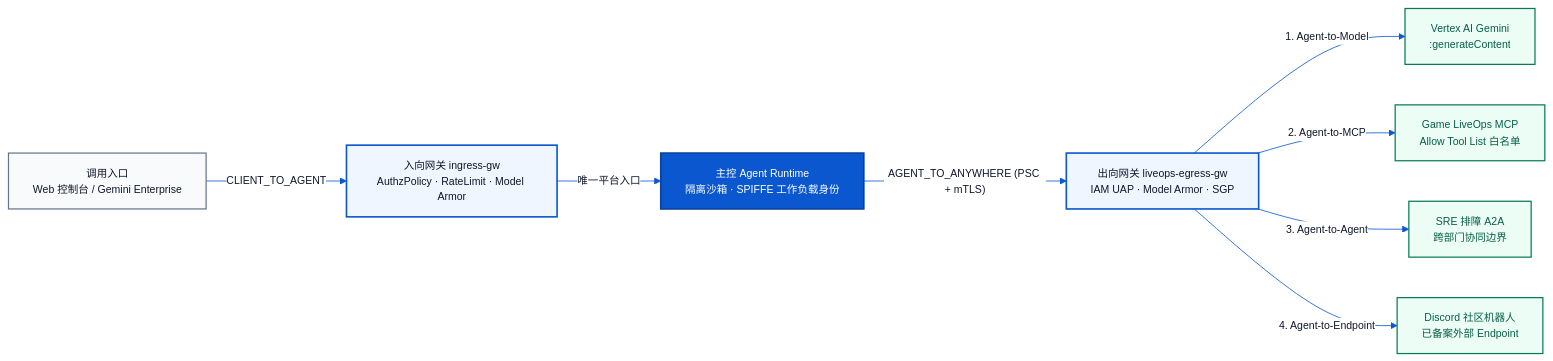
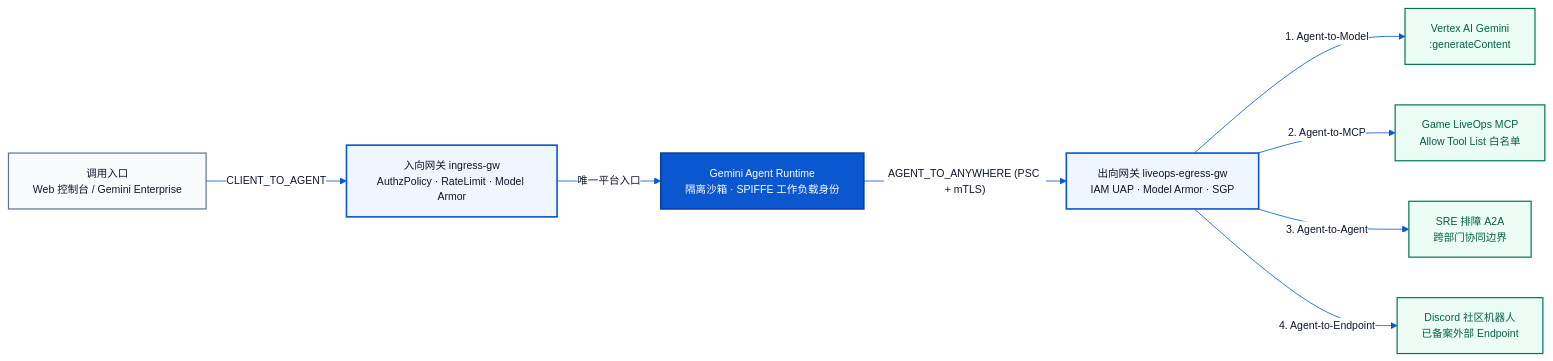
One commit to hxhwing/agent-governance-demo changed the diagram in README.md. Above: the diagram before and after it, drawn with Mermaid. The commit also changed other lines of this file and 6 other files, not shown here.

````diff
--- a/README.md
+++ b/README.md
@@ -97,26 +95,26 @@
 ```mermaid
 %%{init: {'theme': 'base', 'themeVariables': {'primaryColor': '#ffffff', 'primaryTextColor': '#0f172a', 'primaryBorderColor': '#0b57d0', 'lineColor': '#0b57d0', 'fontFamily': 'Plus Jakarta Sans, PingFang SC, sans-serif', 'fontSize': '13px'}}}%%
 flowchart LR
   classDef entry fill:#F8FAFC,stroke:#64748B,stroke-width:1.5px,color:#0F172A
   classDef gw fill:#EFF6FF,stroke:#0B57D0,stroke-width:2px,color:#0F172A
   classDef rt fill:#0B57D0,stroke:#0842A0,stroke-width:2px,color:#FFFFFF
   classDef target fill:#ECFDF5,stroke:#047857,stroke-width:1.5px,color:#065F46
 
   Client["调用入口<br/>Web 控制台 / Gemini Enterprise"]:::entry
   IGW["入向网关 ingress-gw<br/>AuthzPolicy · RateLimit · Model Armor"]:::gw
-  Runtime["主控 Agent Runtime<br/>隔离沙箱 · SPIFFE 工作负载身份"]:::rt
+  Runtime["Gemini Agent Runtime<br/>隔离沙箱 · SPIFFE 工作负载身份"]:::rt
   EGW["出向网关 liveops-egress-gw<br/>IAM UAP · Model Armor · SGP"]:::gw
 
   M["Vertex AI Gemini<br/>:generateContent"]:::target
   MCP["Game LiveOps MCP<br/>Allow Tool List 白名单"]:::target
   A2A["SRE 排障 A2A<br/>跨部门协同边界"]:::target
   EP["Discord 社区机器人<br/>已备案外部 Endpoint"]:::target
 
   Client -->|"CLIENT_TO_AGENT"| IGW
   IGW -->|"唯一平台入口"| Runtime
   Runtime -->|"AGENT_TO_ANYWHERE (PSC + mTLS)"| EGW
   EGW -->|"1. Agent-to-Model"| M
   EGW -->|"2. Agent-to-MCP"| MCP
   EGW -->|"3. Agent-to-Agent"| A2A
   EGW -->|"4. Agent-to-Endpoint"| EP
 ```
````
